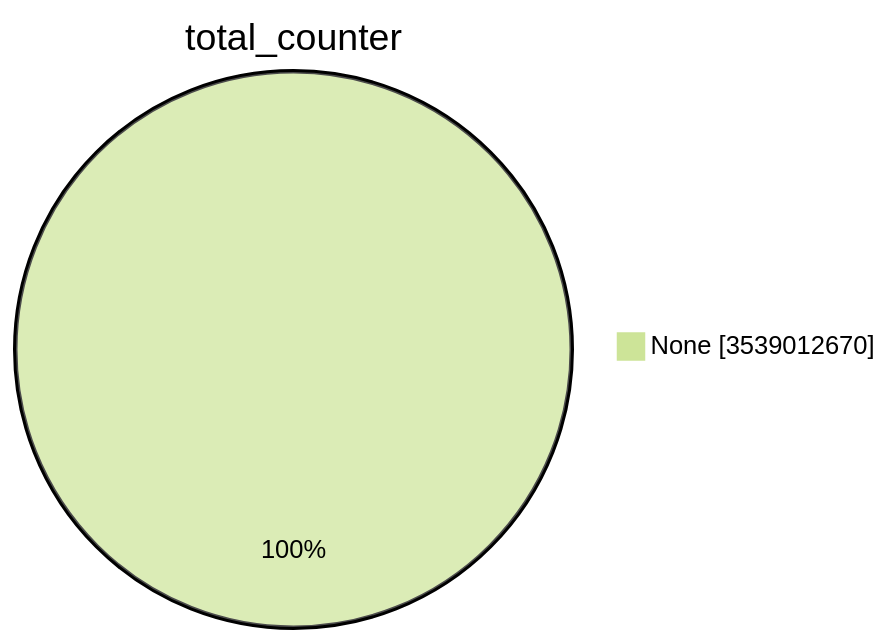
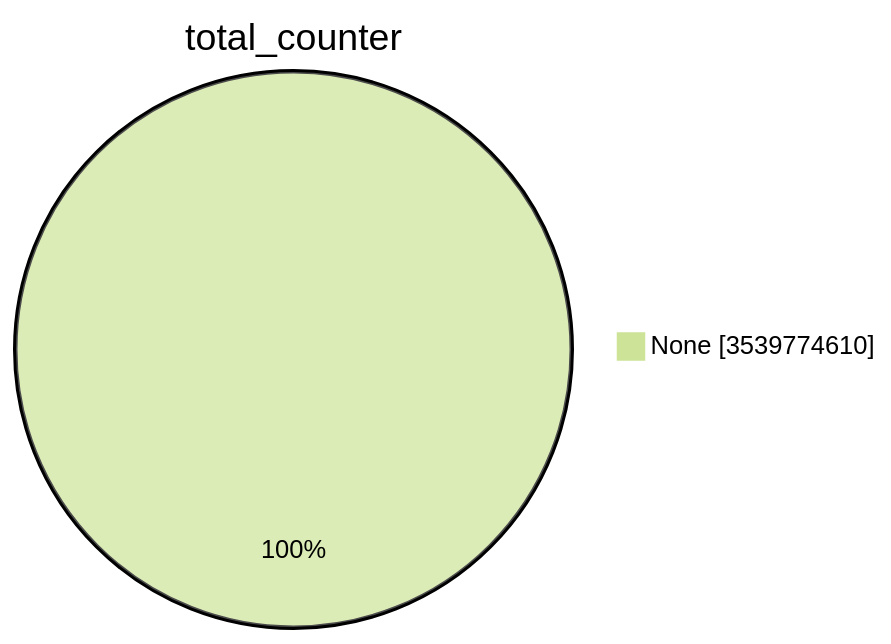
The first of 15 diagrams in TOTAL/README.md (christiankrug/ctmonitor_visualization), drawn with Mermaid (forest theme) before and after one commit. The commit also changed other lines of this file, not shown here.

````diff
--- a/TOTAL/README.md
+++ b/TOTAL/README.md
@@ -1,5 +1,5 @@
 ```mermaid
 pie showData
 title total_counter
-"None" :3539012670
+"None" :3539774610
 ```
````
